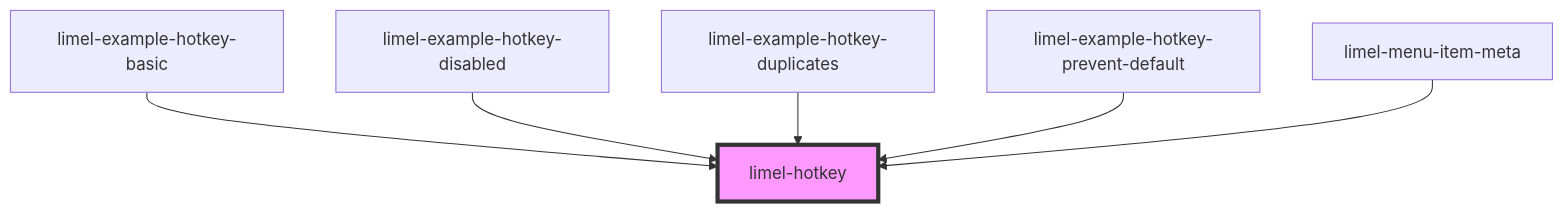
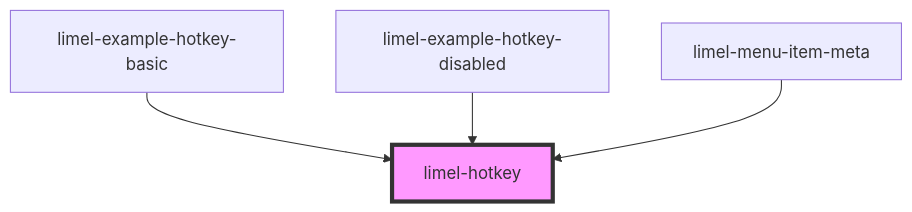
One commit to Lundalogik/lime-elements changed the diagram in versions/PR-3915/markdown-docs/components/hotkey/readme.md. Above: the diagram before and after it, drawn with Mermaid. The commit also changed other lines of this file and 534 other files, not shown here.

````diff
--- a/versions/PR-3915/markdown-docs/components/hotkey/readme.md
+++ b/versions/PR-3915/markdown-docs/components/hotkey/readme.md
@@ -38,9 +32,7 @@
 ```mermaid
 graph TD;
   limel-example-hotkey-basic --> limel-hotkey
   limel-example-hotkey-disabled --> limel-hotkey
-  limel-example-hotkey-duplicates --> limel-hotkey
-  limel-example-hotkey-prevent-default --> limel-hotkey
   limel-menu-item-meta --> limel-hotkey
   style limel-hotkey fill:#f9f,stroke:#333,stroke-width:4px
 ```
````
